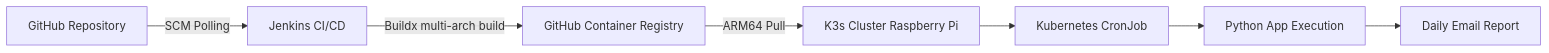
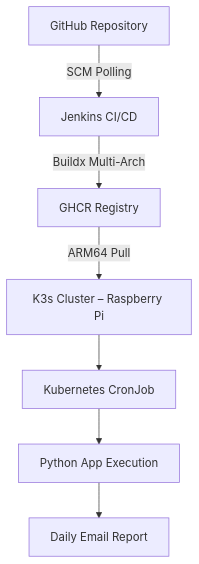
The diagram in README.md (henrardb/jdc-cabanga), drawn with Mermaid before and after one commit.

Commit message:
Mermaid modification

````diff
--- a/README.md
+++ b/README.md
@@ -34,9 +34,9 @@
 ```mermaid
-flowchart LR
+flowchart TD
     A[GitHub Repository] -->|SCM Polling| B[Jenkins CI/CD]
-    B -->|Buildx multi-arch build| C[GitHub Container Registry]
-    C -->|ARM64 Pull| D[K3s Cluster Raspberry Pi]
+    B -->|Buildx Multi-Arch| C[GHCR Registry]
+    C -->|ARM64 Pull| D[K3s Cluster – Raspberry Pi]
     D --> E[Kubernetes CronJob]
     E --> F[Python App Execution]
     F --> G[Daily Email Report]
 ```
````
